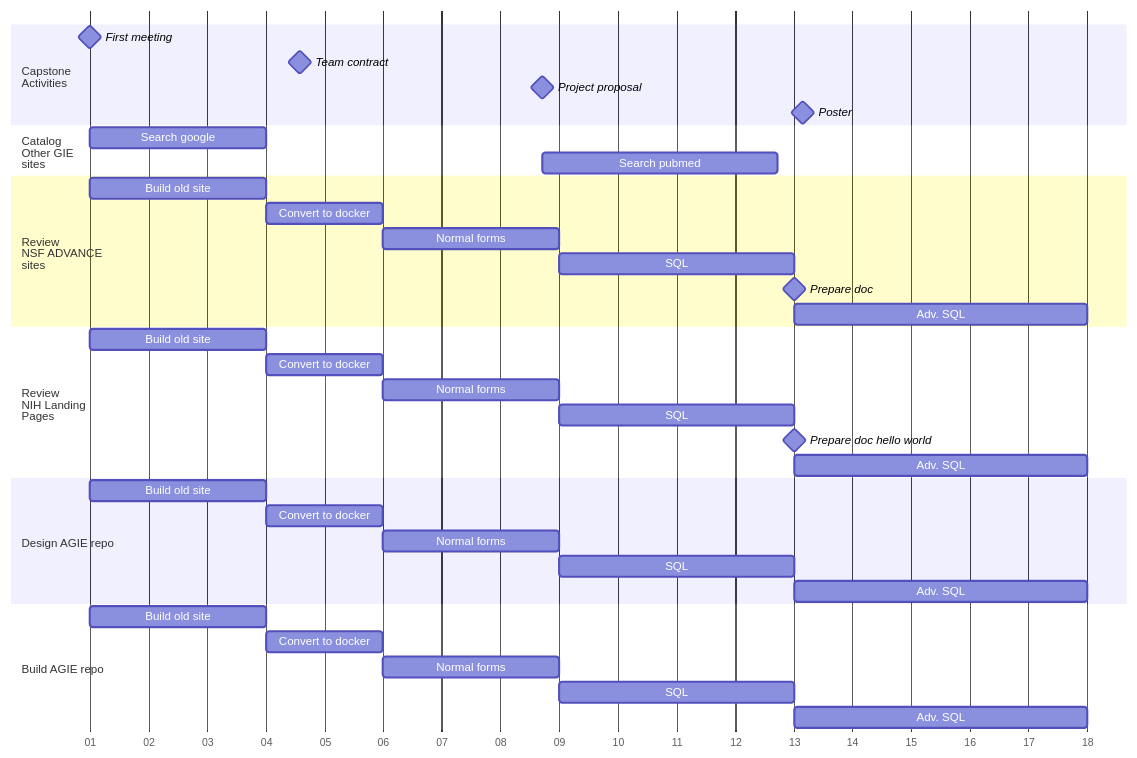
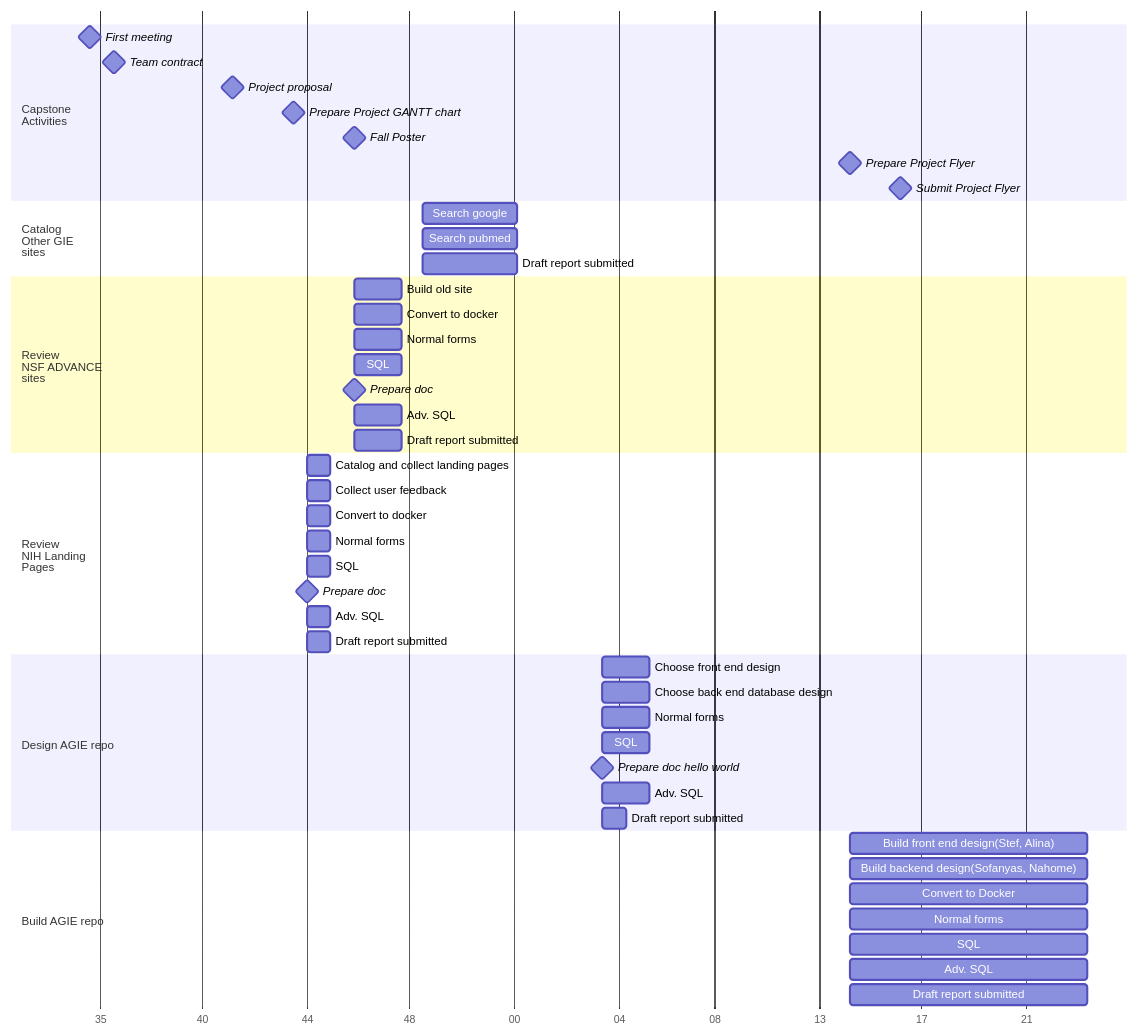
Before and after one commit to VCU-CS-Capstone/CS-25-307-AGIE-follow-on: the diagram in website/_gantt.qmd, drawn with Mermaid.

````diff
--- a/website/_gantt.qmd
+++ b/website/_gantt.qmd
@@ -18,46 +18,57 @@
 ```{mermaid}
 gantt
     dateFormat  M/DD/YYYY
     axisFormat  %W
 
     section Capstone<br/>Activities
-    First meeting: milestone, ca1, 1/7/2024, 0
-    Team contract: milestone, ca2, 2/1/2024, 0
-    Project proposal: milestone, ca3, 3/1/2024, 0
-    Poster: milestone, ca4, 4/1/2024, 0
+    First meeting: milestone, ca1, 8/29/2024, 0
+    Team contract: milestone, ca2, 9/05/2024, 0
+    Project proposal: milestone, ca3, 10/10/2024, 0
+    Prepare Project GANTT chart: milestone, ca4, 10/28/2024, 0
+    Fall Poster: milestone, ca5, 11/15/2024, 0
+    Prepare Project Flyer: milestone, ca6, 4/10/25, 0
+    Submit Project Flyer: milestone, ca7, 4/25/25, 0
 
     section Catalog<br/>Other GIE<br/>sites
-    Search google : m1, 1/7/2024, 3w
-    Search pubmed : m2, 3/1/2024, 4w
+    Search google : m1, 12/5/2024, 4w
+    Search pubmed : m2, 12/5/2024, 4w
+    Draft report submitted: m3, 12/5/2024, 4w
     
     section Review<br/>NSF ADVANCE<br/>sites
-    Build old site : m1, 1/7/2024, 3w
-    Convert to docker: m4, after m1, 2w
-    Normal forms: m5, after m4, 3w
-    SQL : m6, after m5, 4w
-    Prepare doc: milestone,m55, after m6, milestone
-    Adv. SQL: m7, after m6, 5w
+    Build old site : m1, 11/15/2024, 2w
+    Convert to docker: m4, 11/15/2024, 2w
+    Normal forms: m5, 11/15/2024, 2w
+    SQL : m6, 11/15/2024, 2w
+    Prepare doc: milestone,m55, 11/15/2024, milestone
+    Adv. SQL: m7, 11/15/2024, 2w
+    Draft report submitted: m8, 11/15/2024, 2w
 
     section Review<br/>NIH Landing<br/>Pages
-    Build old site : m1, 1/7/2024, 3w
-    Convert to docker: m4, after m1, 2w
-    Normal forms: m5, after m4, 3w
-    SQL : m6, after m5, 4w
-    Prepare doc hello world: milestone,m55, after m6, milestone
-    Adv. SQL: m7, after m6, 5w
+    Catalog and collect landing pages : m1, 11/1/2024, 1w
+    Collect user feedback: m4, 11/1/2024, 1w
+    Convert to docker: m4, 11/1/2024, 1w
+    Normal forms: m5, 11/1/2024, 1w
+    SQL: m6, 11/1/2024, 1w
+    Prepare doc: milestone, m55, 11/1/2024, milestone
+    Adv. SQL: m7, 11/1/2024, 1w
+    Draft report submitted: 11/1/2024, 1w
+    
 
     section Design AGIE repo
-    Build old site : m1, 1/7/2024, 3w
-    Convert to docker: m4, after m1, 2w
-    Normal forms: m5, after m4, 3w
-    SQL : m6, after m5, 4w
-    Adv. SQL: m7, after m6, 5w
-
+    Choose front end design: m1, 1/27/2025, 2w
+    Choose back end database design: m4, 1/27/2025, 2w
+    Normal forms: m5, 1/27/2025, 2w
+    SQL: m6, 1/27/2025, 2w
+    Prepare doc hello world: milestone, m55, 1/27/2025, milestone
+    Adv. SQL: m7, 1/27/2025, 2w
+    Draft report submitted: 1/27/2025, 1w
 
     section Build AGIE repo
-    Build old site : m1, 1/7/2024, 3w
-    Convert to docker: m4, after m1, 2w
-    Normal forms: m5, after m4, 3w
-    SQL : m6, after m5, 4w
-    Adv. SQL: m7, after m6, 5w
+    Build front end design(Stef, Alina): m1, 4/10/25, 10w
+    Build backend design(Sofanyas, Nahome): m4, 4/10/25, 10w
+    Convert to Docker: m5, 4/10/25, 10w
+    Normal forms: m5, 4/10/25, 10w
+    SQL : m6, 4/10/25, 10w
+    Adv. SQL: m7, 4/10/25, 10w
+    Draft report submitted: m8, 4/10/25, 10w
 ```
````
